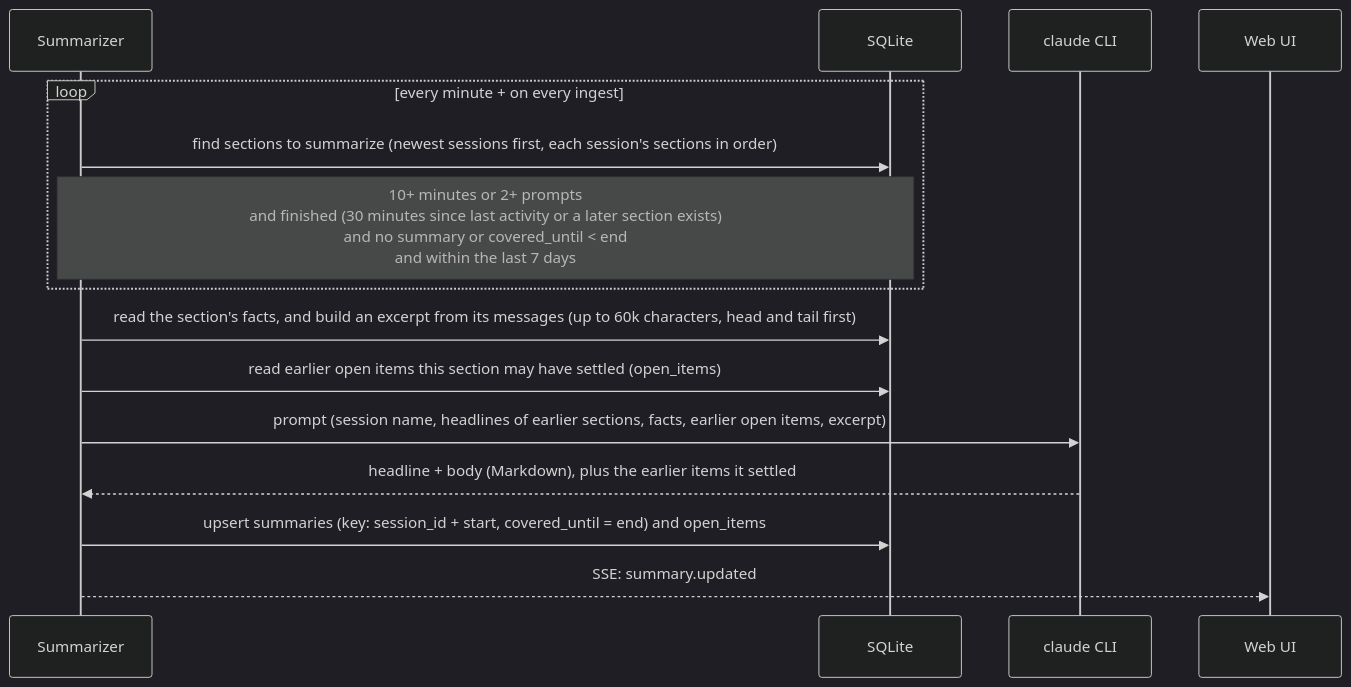
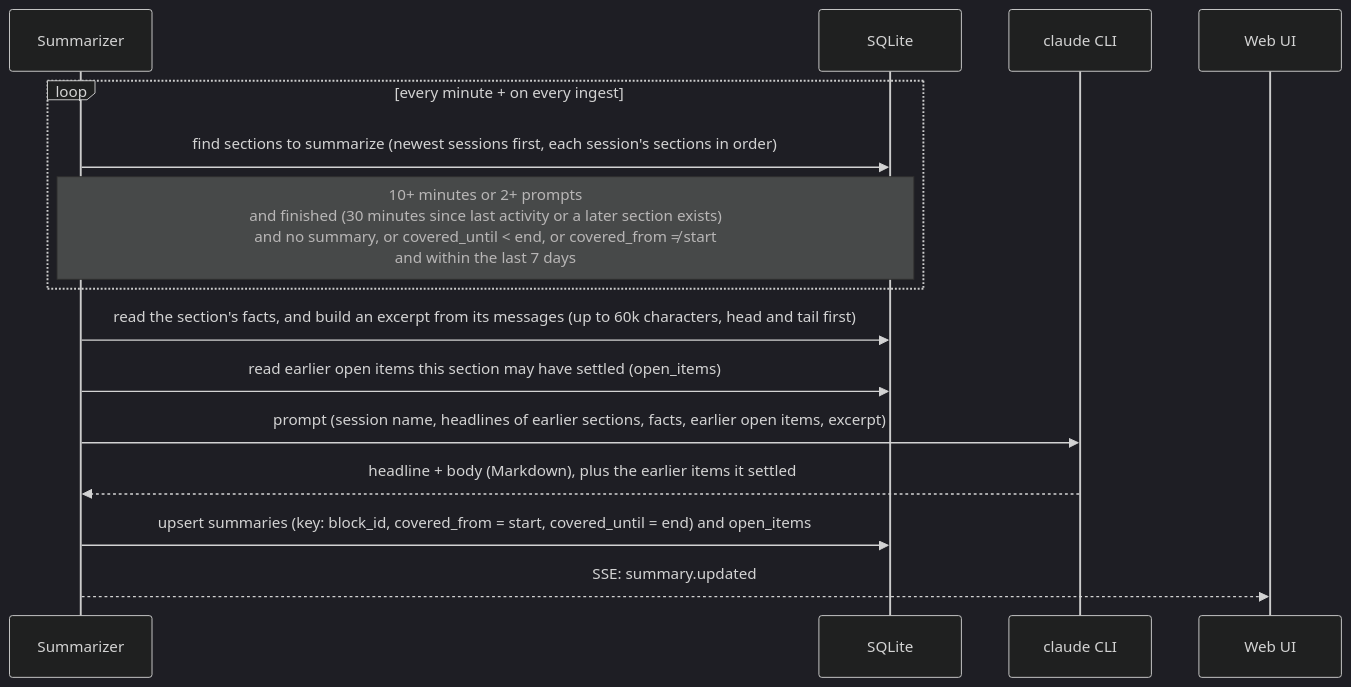
Before and after one commit to atsuki-shirasawa/kairos: the third of 3 diagrams in ARCHITECTURE.md, drawn with Mermaid (dark theme). The commit also changed other lines of this file and 28 other files, not shown here.

````diff
--- a/ARCHITECTURE.md
+++ b/ARCHITECTURE.md
@@ -120,18 +120,18 @@
 ```mermaid
 sequenceDiagram
     participant S as Summarizer
     participant DB as SQLite
     participant C as claude CLI
     participant UI as Web UI
 
     loop every minute + on every ingest
         S->>DB: find sections to summarize (newest sessions first, each session's sections in order)
-        Note over S,DB: 10+ minutes or 2+ prompts<br/>and finished (30 minutes since last activity or a later section exists)<br/>and no summary or covered_until < end<br/>and within the last 7 days
+        Note over S,DB: 10+ minutes or 2+ prompts<br/>and finished (30 minutes since last activity or a later section exists)<br/>and no summary, or covered_until < end, or covered_from ≠ start<br/>and within the last 7 days
     end
     S->>DB: read the section's facts, and build an excerpt from its messages (up to 60k characters, head and tail first)
     S->>DB: read earlier open items this section may have settled (open_items)
     S->>C: prompt (session name, headlines of earlier sections, facts, earlier open items, excerpt)
     C-->>S: headline + body (Markdown), plus the earlier items it settled
-    S->>DB: upsert summaries (key: session_id + start, covered_until = end) and open_items
+    S->>DB: upsert summaries (key: block_id, covered_from = start, covered_until = end) and open_items
     S-->>UI: SSE: summary.updated
 ```
````
